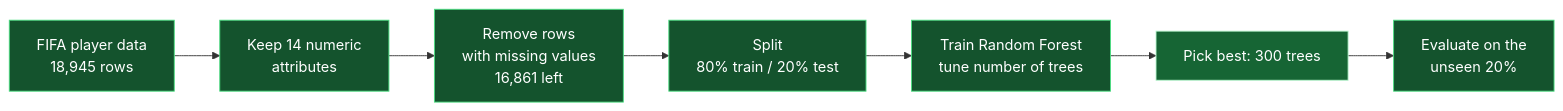
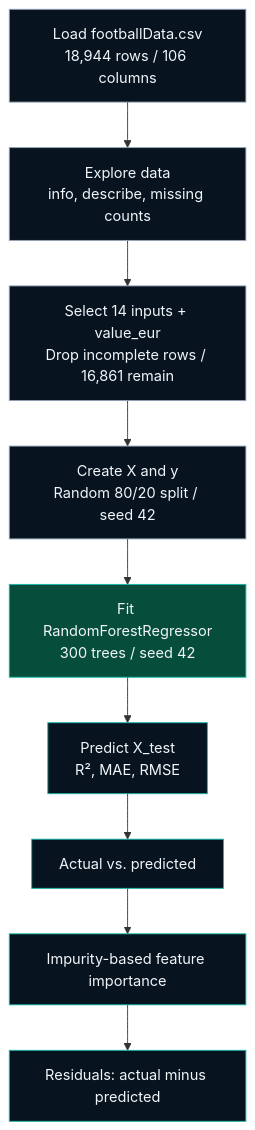
The diagram in README.md (khaled-amireh/Football-Player-Value-Prediction), drawn with Mermaid before and after one commit. The commit also changed other lines of this file and 1 other file, not shown here.

Commit message:
docs: create premium football analytics README

````diff
--- a/README.md
+++ b/README.md
@@ -94,14 +71,18 @@
 ```mermaid
-flowchart LR
-    A[" FIFA player data<br/>18,945 rows"] --> B[" Keep 14 numeric<br/>attributes"]
-    B --> C[" Remove rows<br/>with missing values<br/>16,861 left"]
-    C --> D[" Split<br/>80% train / 20% test"]
-    D --> E[" Train Random Forest<br/>tune number of trees"]
-    E --> F[" Pick best: 300 trees"]
-    F --> G[" Evaluate on the<br/>unseen 20%"]
+flowchart TD
+    A["Load footballData.csv<br/>18,944 rows / 106 columns"] --> B["Explore data<br/>info, describe, missing counts"]
+    B --> C["Select 14 inputs + value_eur<br/>Drop incomplete rows / 16,861 remain"]
+    C --> D["Create X and y<br/>Random 80/20 split / seed 42"]
+    D --> E["Fit RandomForestRegressor<br/>300 trees / seed 42"]
+    E --> F["Predict X_test<br/>R², MAE, RMSE"]
+    F --> G["Actual vs. predicted"]
+    G --> H["Impurity-based feature importance"]
+    H --> I["Residuals: actual minus predicted"]
 
-    classDef pitch fill:#14532d,stroke:#4ade80,color:#fff;
-    classDef win fill:#166534,stroke:#bbf7d0,color:#fff;
-    class A,B,C,D,E,G pitch;
-    class F win;
+    classDef data fill:#07131F,stroke:#94A3B8,color:#F1F5F9;
+    classDef model fill:#064E3B,stroke:#14B8A6,color:#F1F5F9;
+    classDef analysis fill:#07131F,stroke:#14B8A6,color:#F1F5F9;
+    class A,B,C,D data;
+    class E model;
+    class F,G,H,I analysis;
 ```
````
